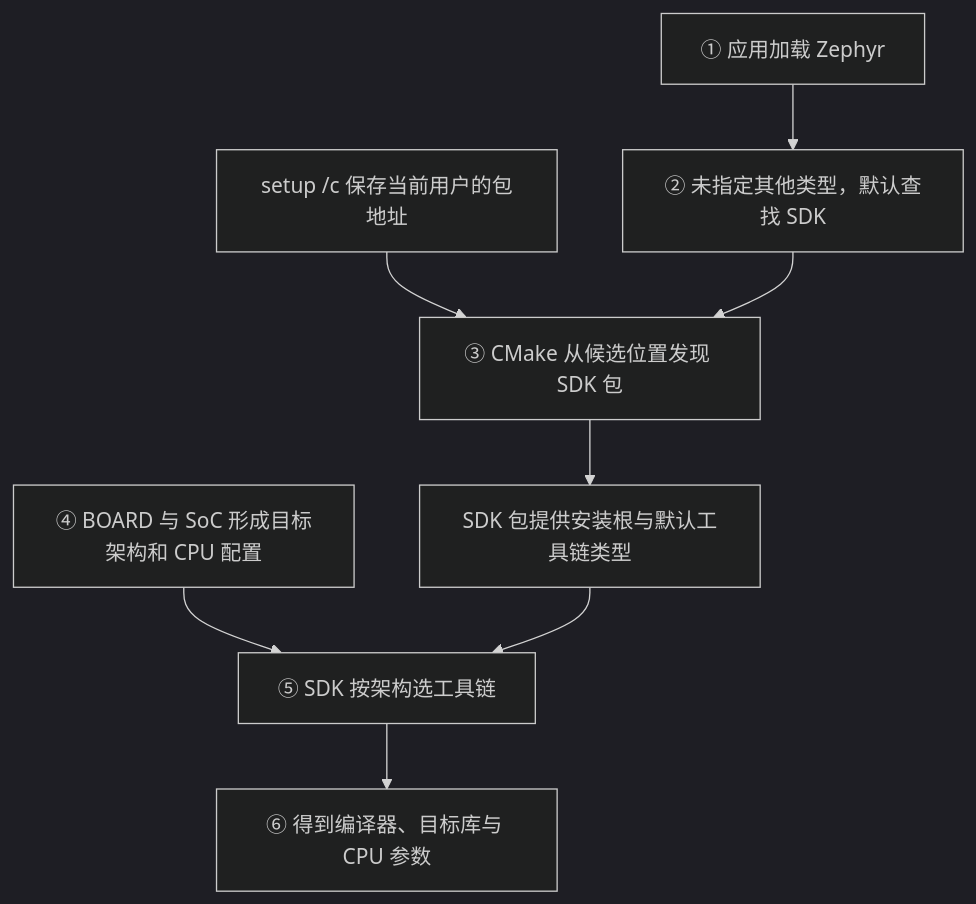
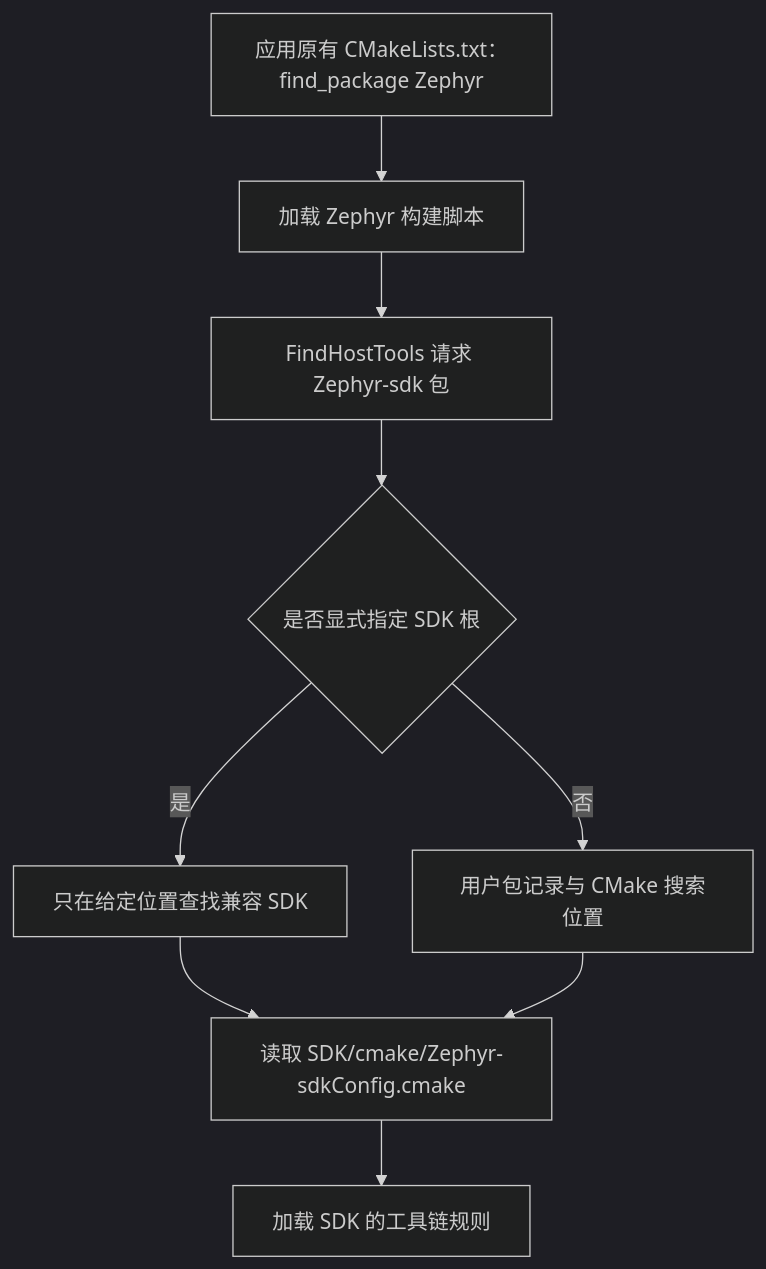
One commit to FormingSystem/zephyr_hc32f4a0 changed the third of 4 diagrams in learning/P01_zephyr_make_project/P003_SDK准备与编译器选型_Windows.md. Above: the diagram before and after it, drawn with Mermaid (dark theme). The commit also changed other lines of this file and 466 other files, not shown here.

````diff
--- a/learning/P01_zephyr_make_project/P003_SDK准备与编译器选型_Windows.md
+++ b/learning/P01_zephyr_make_project/P003_SDK准备与编译器选型_Windows.md
@@ -418,10 +204,11 @@
 ```mermaid
 flowchart TD
-    A["① 应用加载 Zephyr"] --> B["② 未指定其他类型，默认查找 SDK"]
-    R["setup /c 保存当前用户的包地址"] --> C["③ CMake 从候选位置发现 SDK 包"]
-    B --> C
-    C --> D["SDK 包提供安装根与默认工具链类型"]
-    E["④ BOARD 与 SoC 形成目标架构和 CPU 配置"] --> F["⑤ SDK 按架构选工具链"]
-    D --> F
-    F --> G["⑥ 得到编译器、目标库与 CPU 参数"]
+    A["应用原有 CMakeLists.txt：find_package Zephyr"] --> B["加载 Zephyr 构建脚本"]
+    B --> C["FindHostTools 请求 Zephyr-sdk 包"]
+    C --> D{"是否显式指定 SDK 根"}
+    D -->|是| E["只在给定位置查找兼容 SDK"]
+    D -->|否| F["用户包记录与 CMake 搜索位置"]
+    E --> G["读取 SDK/cmake/Zephyr-sdkConfig.cmake"]
+    F --> G
+    G --> H["加载 SDK 的工具链规则"]
 ```
````
